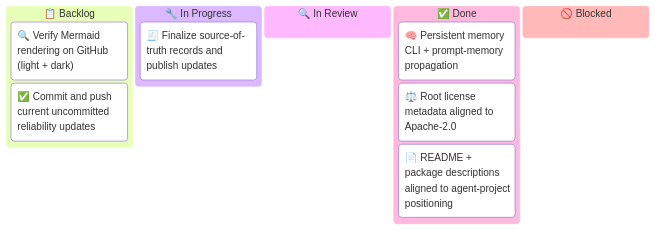
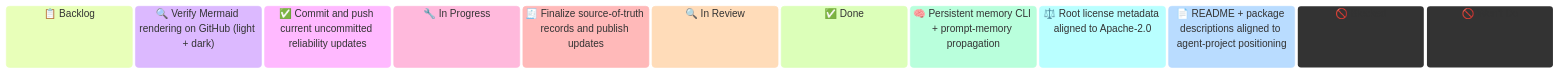
The first of 3 diagrams in docs/project/kanban/sprint-2026-w08-crewai-review-hardening-and-memory.md (blazintrailssarah/agent-project), drawn with Mermaid before and after one commit. The commit also changed other lines of this file and 5 other files, not shown here.

````diff
--- a/docs/project/kanban/sprint-2026-w08-crewai-review-hardening-and-memory.md
+++ b/docs/project/kanban/sprint-2026-w08-crewai-review-hardening-and-memory.md
@@ -18,18 +18,20 @@
 ```mermaid
 kanban
-    column1["📋 Backlog"]
-        task1["🔍 Verify Mermaid rendering on GitHub (light + dark)"]
-        task2["✅ Commit and push current uncommitted reliability updates"]
+column1["📋 Backlog"]
+task1["🔍 Verify Mermaid rendering on GitHub (light + dark)"]
+task2["✅ Commit and push current uncommitted reliability updates"]
 
-    column2["🔧 In Progress"]
-        task3["🧾 Finalize source-of-truth records and publish updates"]
+column2["🔧 In Progress"]
+task3["🧾 Finalize source-of-truth records and publish updates"]
 
-    column3["🔍 In Review"]
+column3["🔍 In Review"]
 
-    column4["✅ Done"]
-        task4["🧠 Persistent memory CLI + prompt-memory propagation"]
-        task5["⚖️ Root license metadata aligned to Apache-2.0"]
-        task6["📄 README + package descriptions aligned to agent-project positioning"]
+column4["✅ Done"]
+task4["🧠 Persistent memory CLI + prompt-memory propagation"]
+task5["⚖️ Root license metadata aligned to Apache-2.0"]
+task6["📄 README + package descriptions aligned to agent-project positioning"]
 
-    column5["🚫 Blocked"]
+column5["🚫 Blocked"]
+
+column6["🚫 Won't Do"]
 ```
````
